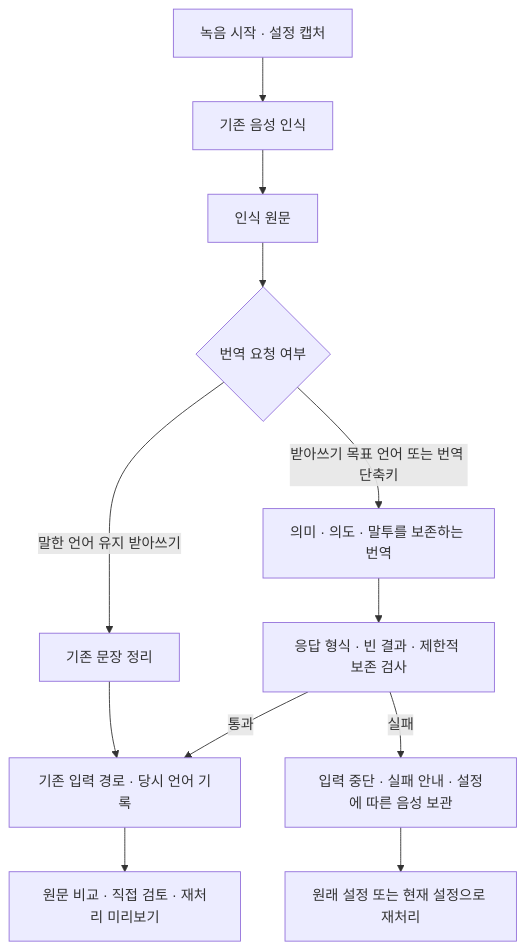
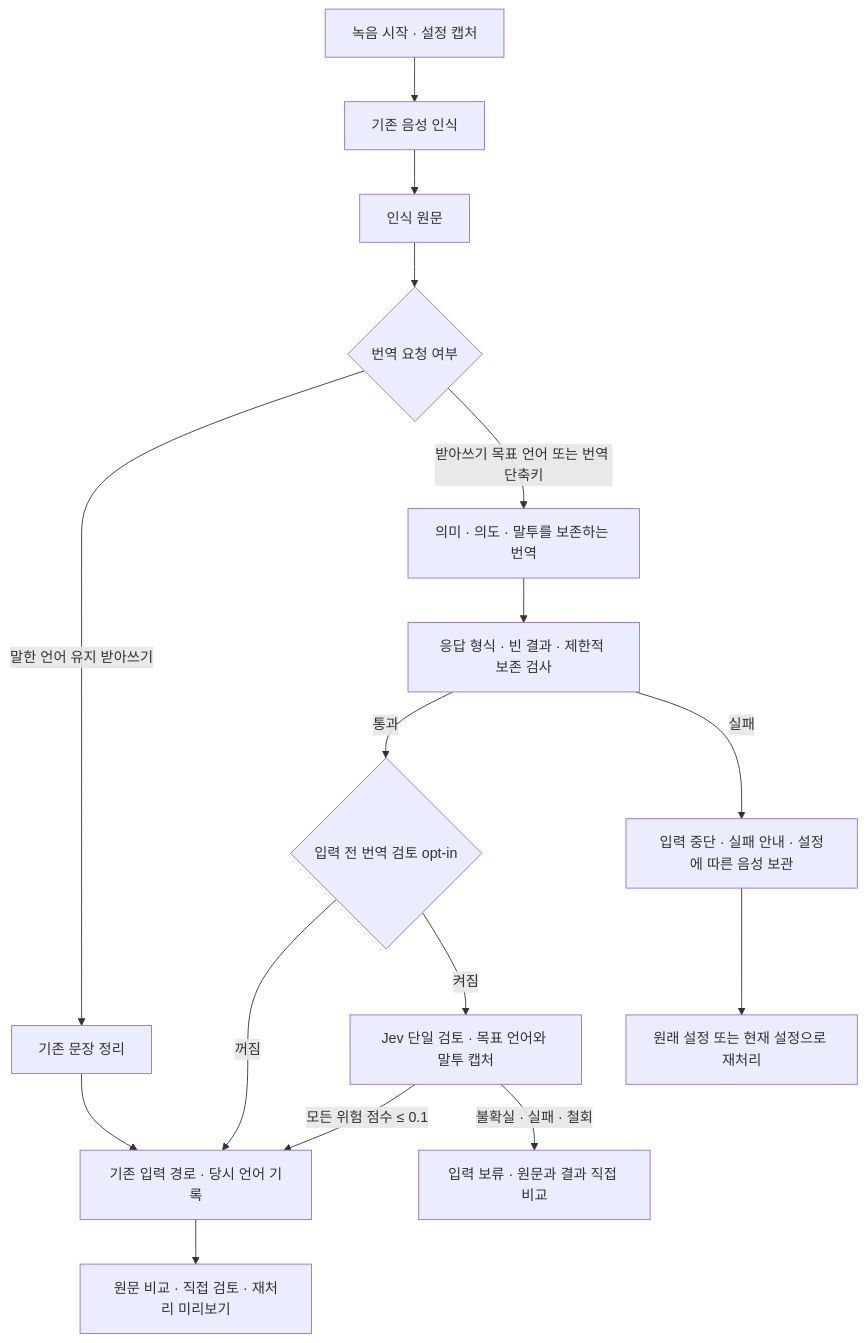
One commit to techjuicelab/opennotype changed the diagram in docs/native-translation-design.md. Above: the diagram before and after it, drawn with Mermaid. The commit also changed other lines of this file and 17 other files, not shown here.

````diff
--- a/docs/native-translation-design.md
+++ b/docs/native-translation-design.md
@@ -22,14 +23,18 @@
 ```mermaid
 flowchart TD
     A[녹음 시작 · 설정 캡처] --> B[기존 음성 인식]
     B --> C[인식 원문]
     C --> D{번역 요청 여부}
     D -->|말한 언어 유지 받아쓰기| E[기존 문장 정리]
     D -->|받아쓰기 목표 언어 또는 번역 단축키| F[의미 · 의도 · 말투를 보존하는 번역]
     F --> G[응답 형식 · 빈 결과 · 제한적 보존 검사]
-    G -->|통과| H[기존 입력 경로 · 당시 언어 기록]
+    G -->|통과| P{입력 전 번역 검토 opt-in}
+    P -->|꺼짐| H[기존 입력 경로 · 당시 언어 기록]
+    P -->|켜짐| R[Jev 단일 검토 · 목표 언어와 말투 캡처]
+    R -->|모든 위험 점수 ≤ 0.1| H
+    R -->|불확실 · 실패 · 철회| Q[입력 보류 · 원문과 결과 직접 비교]
     G -->|실패| I[입력 중단 · 실패 안내 · 설정에 따른 음성 보관]
     E --> H
     H --> J[원문 비교 · 직접 검토 · 재처리 미리보기]
     I --> K[원래 설정 또는 현재 설정으로 재처리]
 ```
````
